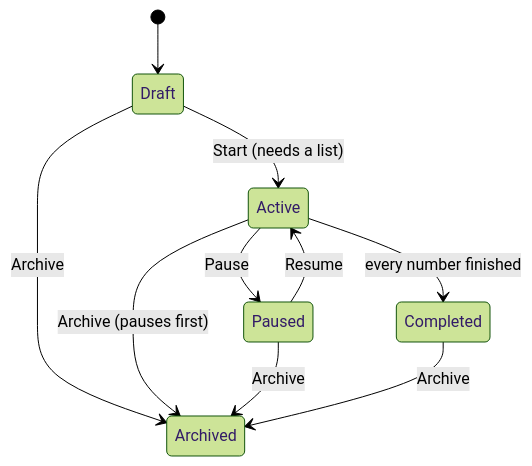
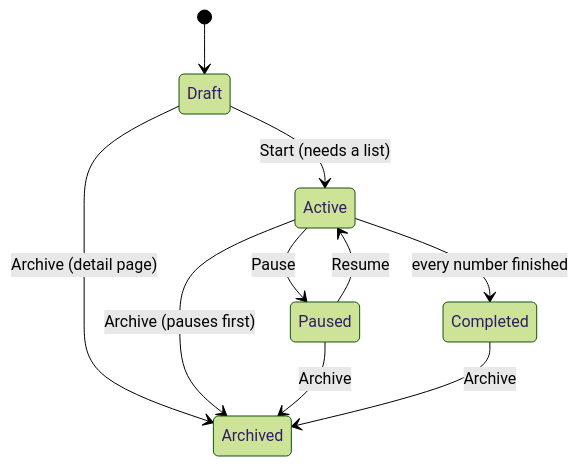
The second of 2 diagrams in docs/opbx-userguide/applications/auto-dialer/index.mdx (greenfieldtech-nirs/opbx), drawn with Mermaid (forest theme) before and after one commit. The commit also changed other lines of this file, not shown here.

Commit message:
docs(auto-dialer): overview roles (Reporter read-only), worker picks the caller ID, page task summary

````diff
--- a/docs/opbx-userguide/applications/auto-dialer/index.mdx
+++ b/docs/opbx-userguide/applications/auto-dialer/index.mdx
@@ -61,12 +61,12 @@
 ```mermaid
 stateDiagram-v2
     [*] --> Draft
     Draft --> Active: Start (needs a list)
     Active --> Paused: Pause
     Paused --> Active: Resume
     Active --> Completed: every number finished
-    Draft --> Archived: Archive
+    Draft --> Archived: Archive (detail page)
     Active --> Archived: Archive (pauses first)
     Paused --> Archived: Archive
     Completed --> Archived: Archive
 ```
````
